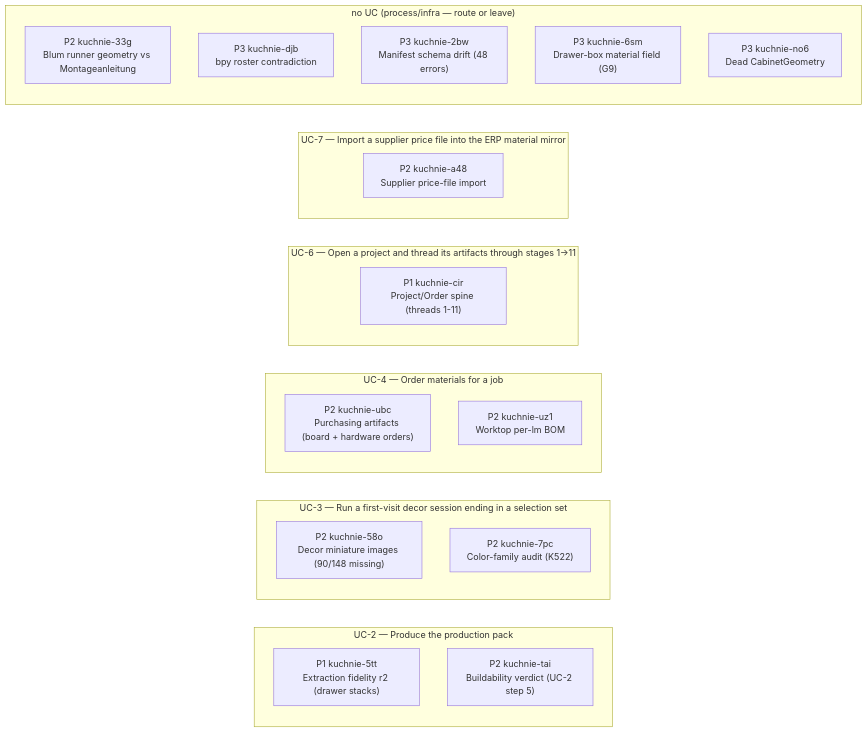
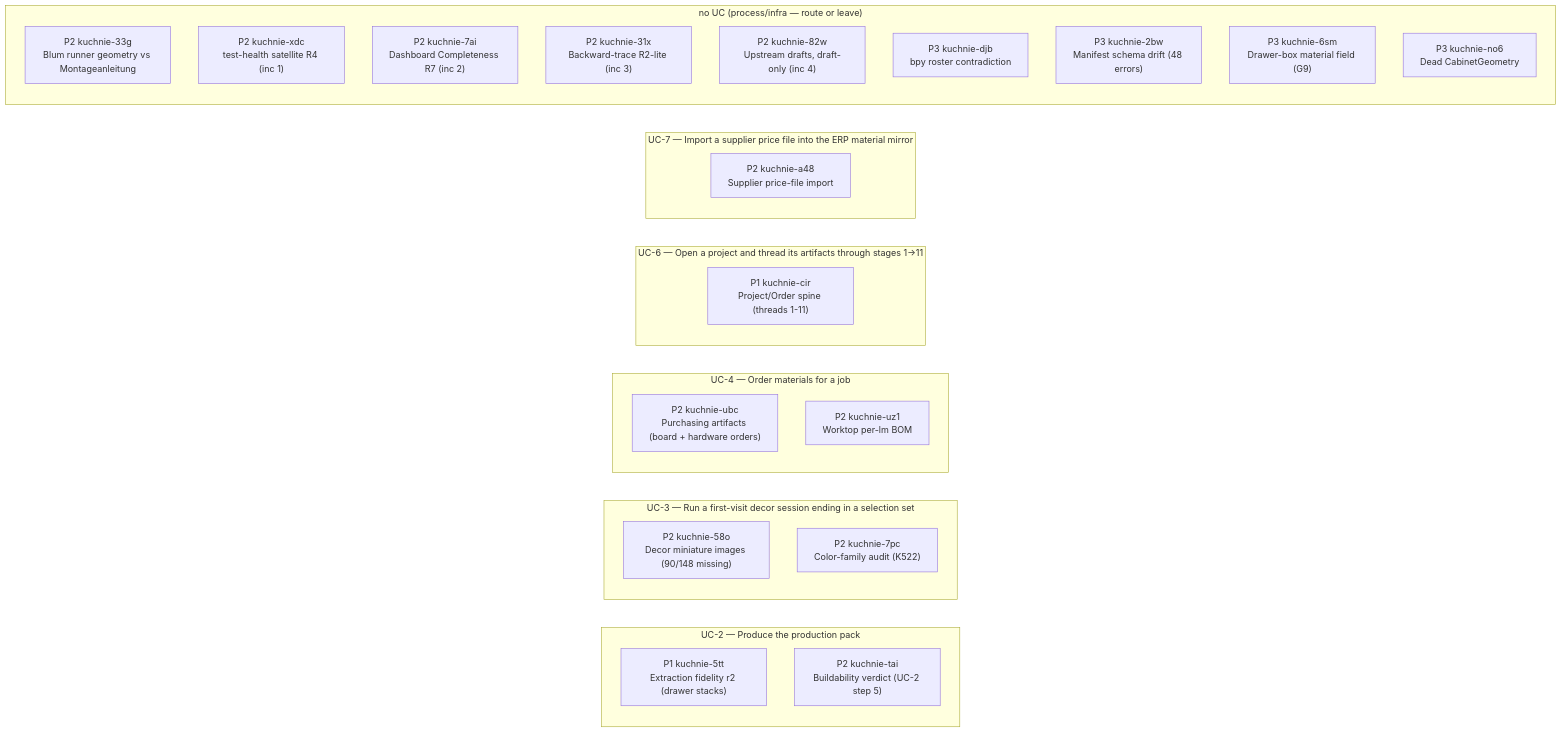
The second of 2 diagrams in STATUS.md (m1981/kuchnie), drawn with Mermaid before and after one commit. The commit also changed other lines of this file and 3 other files, not shown here.

````diff
--- a/STATUS.md
+++ b/STATUS.md
@@ -67,28 +73,32 @@
 ```mermaid
 flowchart LR
     subgraph gUC_2 ["UC-2 — Produce the production pack"]
         u_kuchnie_5tt["P1 kuchnie-5tt<br/>Extraction fidelity r2 (drawer stacks)"]
         u_kuchnie_tai["P2 kuchnie-tai<br/>Buildability verdict (UC-2 step 5)"]
     end
     subgraph gUC_3 ["UC-3 — Run a first-visit decor session ending in a selection set"]
         u_kuchnie_58o["P2 kuchnie-58o<br/>Decor miniature images (90/148 missing)"]
         u_kuchnie_7pc["P2 kuchnie-7pc<br/>Color-family audit (K522)"]
     end
     subgraph gUC_4 ["UC-4 — Order materials for a job"]
         u_kuchnie_ubc["P2 kuchnie-ubc<br/>Purchasing artifacts (board + hardware orders)"]
         u_kuchnie_uz1["P2 kuchnie-uz1<br/>Worktop per-lm BOM"]
     end
     subgraph gUC_6 ["UC-6 — Open a project and thread its artifacts through stages 1→11"]
         u_kuchnie_cir["P1 kuchnie-cir<br/>Project/Order spine (threads 1-11)"]
     end
     subgraph gUC_7 ["UC-7 — Import a supplier price file into the ERP material mirror"]
         u_kuchnie_a48["P2 kuchnie-a48<br/>Supplier price-file import"]
     end
     subgraph g_none ["no UC (process/infra — route or leave)"]
         u_kuchnie_33g["P2 kuchnie-33g<br/>Blum runner geometry vs Montageanleitung"]
+        u_kuchnie_xdc["P2 kuchnie-xdc<br/>test-health satellite R4 (inc 1)"]
+        u_kuchnie_7ai["P2 kuchnie-7ai<br/>Dashboard Completeness R7 (inc 2)"]
+        u_kuchnie_31x["P2 kuchnie-31x<br/>Backward-trace R2-lite (inc 3)"]
+        u_kuchnie_82w["P2 kuchnie-82w<br/>Upstream drafts, draft-only (inc 4)"]
         u_kuchnie_djb["P3 kuchnie-djb<br/>bpy roster contradiction"]
         u_kuchnie_2bw["P3 kuchnie-2bw<br/>Manifest schema drift (48 errors)"]
         u_kuchnie_6sm["P3 kuchnie-6sm<br/>Drawer-box material field (G9)"]
         u_kuchnie_no6["P3 kuchnie-no6<br/>Dead CabinetGeometry"]
     end
 ```
````
